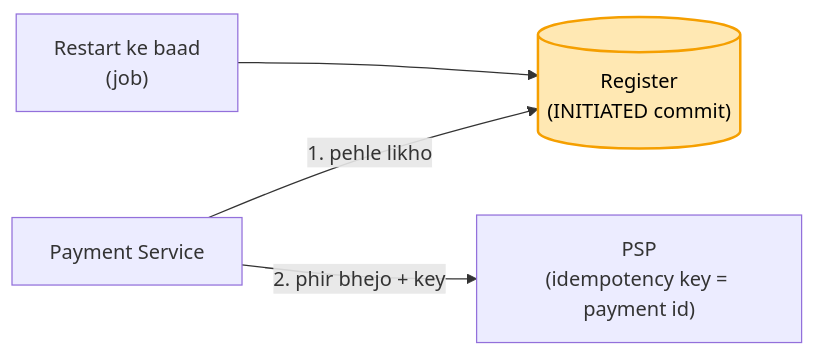
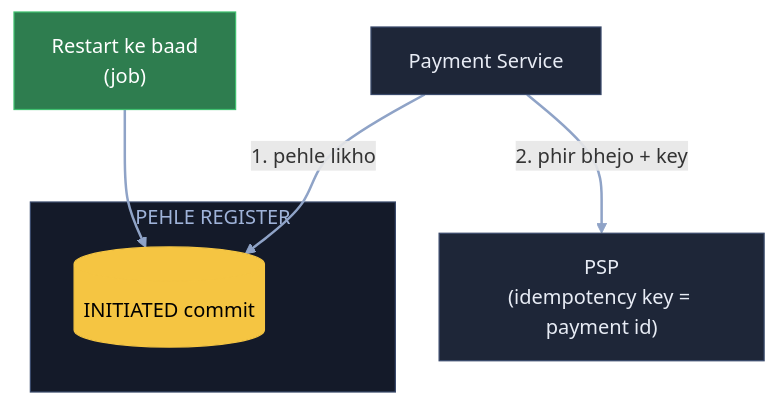
The fifth of 11 diagrams in 04_HLD/SYSTEM_DESIGNS/06_payment_system/06_payment_system.md (ArpanMaheshwari144/Prep), drawn with Mermaid before and after one commit. The commit also changed other lines of this file, not shown here.

Commit message:
Payment: 11 diagram YouTube (reel) wale card andaaz me

````diff
--- a/04_HLD/SYSTEM_DESIGNS/06_payment_system/06_payment_system.md
+++ b/04_HLD/SYSTEM_DESIGNS/06_payment_system/06_payment_system.md
@@ -106,7 +148,18 @@
 ```mermaid
-flowchart LR
-    S["Payment Service"] -- "1. pehle likho" --> D[("Register<br/>(INITIATED commit)")]
-    S -- "2. phir bhejo + key" --> P["PSP<br/>(idempotency key = payment id)"]
-    J["Restart ke baad<br/>(job)"] --> D
-    style D fill:#ffe8b3,stroke:#f59f00,stroke-width:2px,color:#000
+flowchart TB
+    S["Payment Service"]:::card
+    subgraph PR["PEHLE REGISTER"]
+        D[("INITIATED commit")]:::pill
+    end
+    P["PSP<br/>(idempotency key = payment id)"]:::card
+    J["Restart ke baad<br/>(job)"]:::good
+    S -- "1. pehle likho" --> D
+    S -- "2. phir bhejo + key" --> P
+    J --> D
+    linkStyle default stroke:#8fa3c7,stroke-width:2px
+    classDef card fill:#1e2638,stroke:#3a4a6b,color:#e8ecf5
+    classDef pill fill:#f5c542,stroke:#f5c542,color:#000
+    classDef good fill:#2e7d4f,stroke:#3fbf6f,color:#fff
+    classDef bad fill:#5c1f24,stroke:#e05561,color:#fff
+    style PR fill:#141a29,stroke:#3a4a6b,color:#9fb3d9
 ```
````
